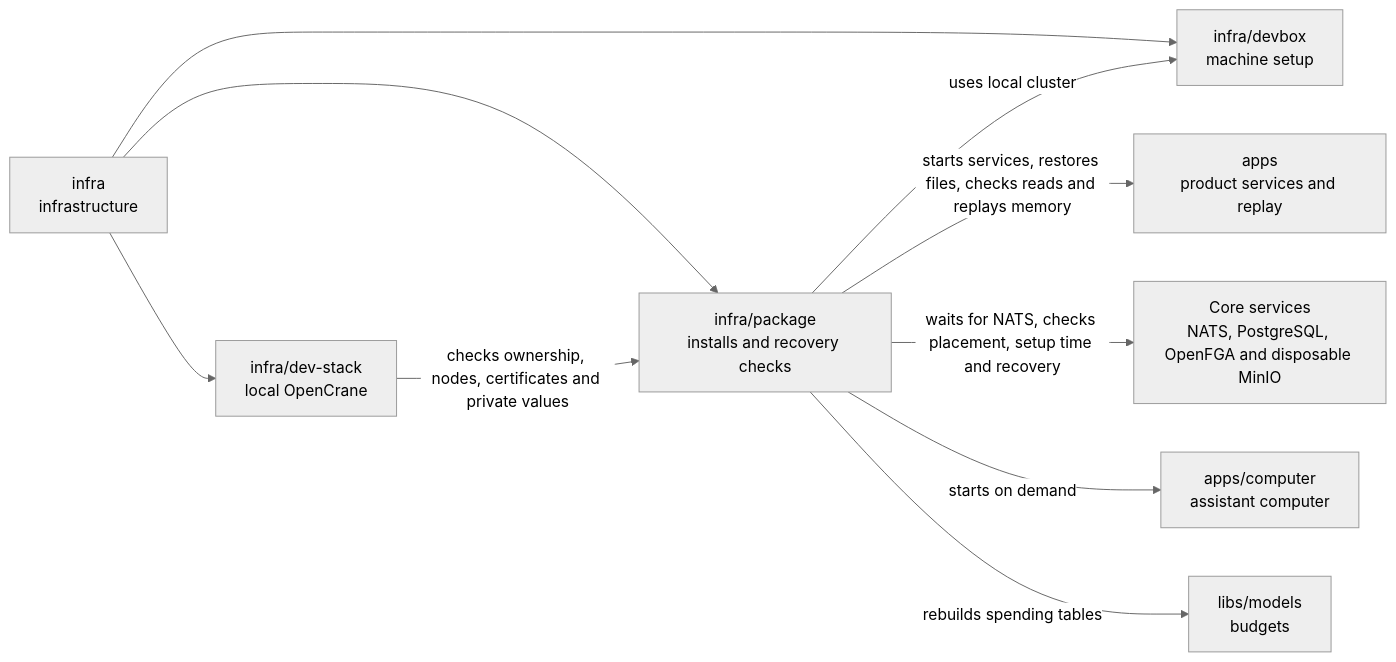
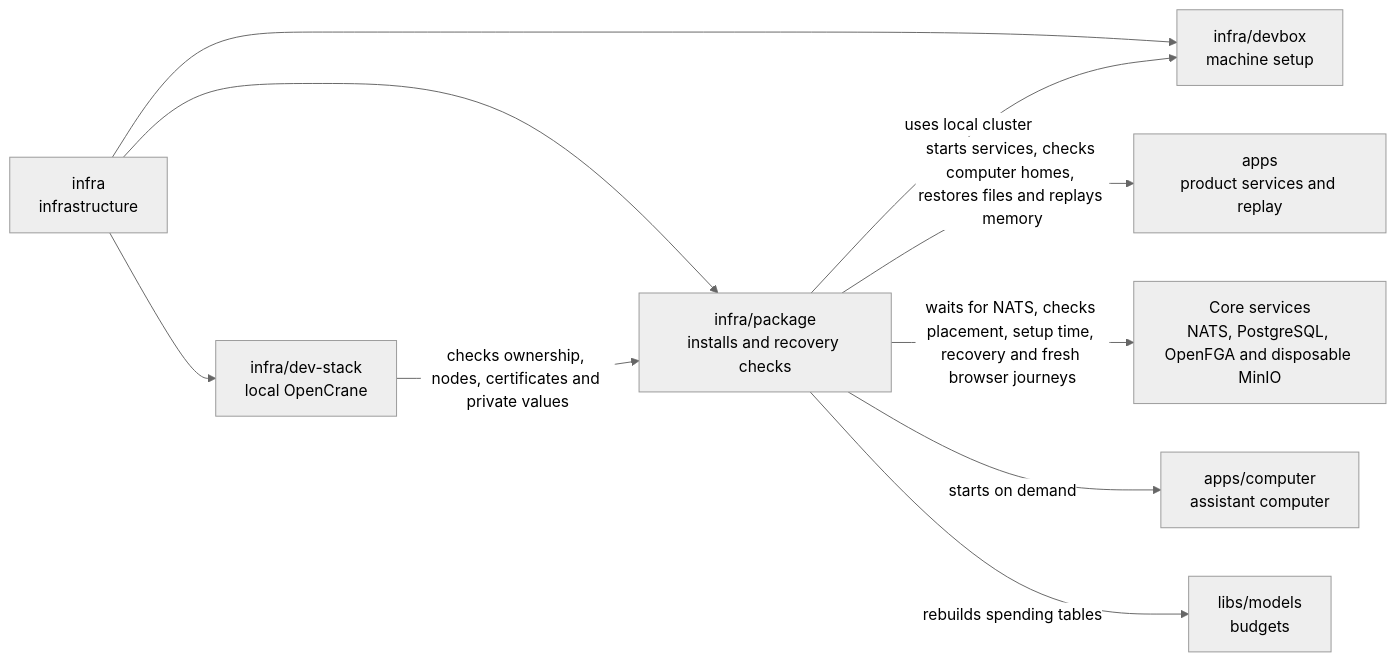
Before and after one commit to elewa-git/opencrane-new: the diagram in infra/package/README.md, drawn with Mermaid (neutral theme). The commit also changed other lines of this file and 8 other files, not shown here.

````diff
--- a/infra/package/README.md
+++ b/infra/package/README.md
@@ -19,12 +19,12 @@
 ```mermaid
 flowchart LR
   infra["infra<br/>infrastructure"] --> package["infra/package<br/>installs and recovery checks"]
   infra --> stack["infra/dev-stack<br/>local OpenCrane"]
   infra --> devbox["infra/devbox<br/>machine setup"]
   stack -->|checks ownership, nodes, certificates and private values| package
   package -->|uses local cluster| devbox
-  package -->|starts services, restores files, checks reads and replays memory| apps["apps<br/>product services and replay"]
-  package -->|waits for NATS, checks placement, setup time and recovery| services["Core services<br/>NATS, PostgreSQL, OpenFGA and disposable MinIO"]
+  package -->|starts services, checks computer homes, restores files and replays memory| apps["apps<br/>product services and replay"]
+  package -->|waits for NATS, checks placement, setup time, recovery and fresh browser journeys| services["Core services<br/>NATS, PostgreSQL, OpenFGA and disposable MinIO"]
   package -->|starts on demand| computer["apps/computer<br/>assistant computer"]
   package -->|rebuilds spending tables| models["libs/models<br/>budgets"]
 ```
````
